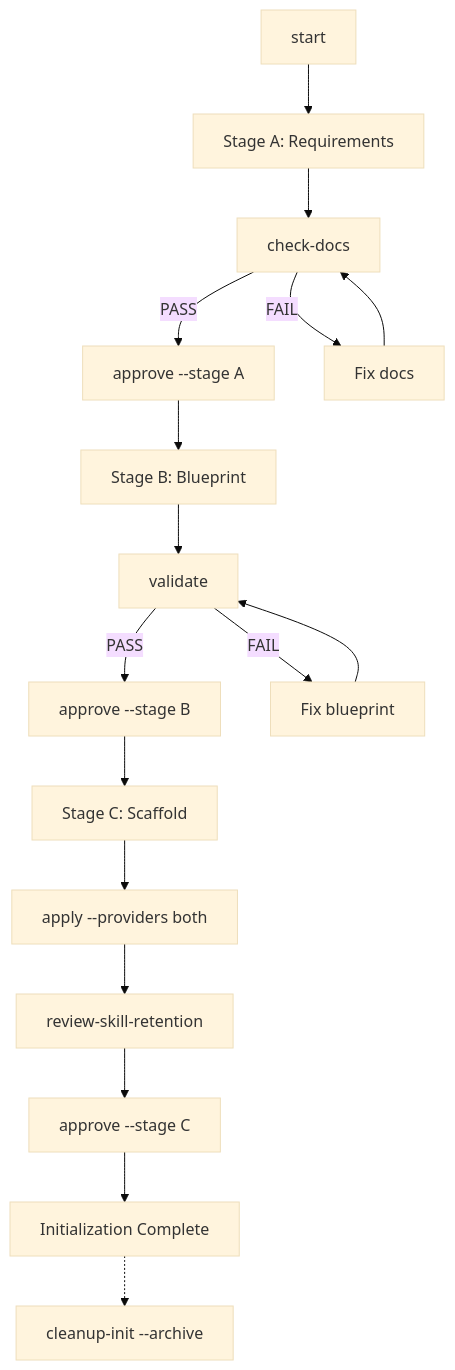
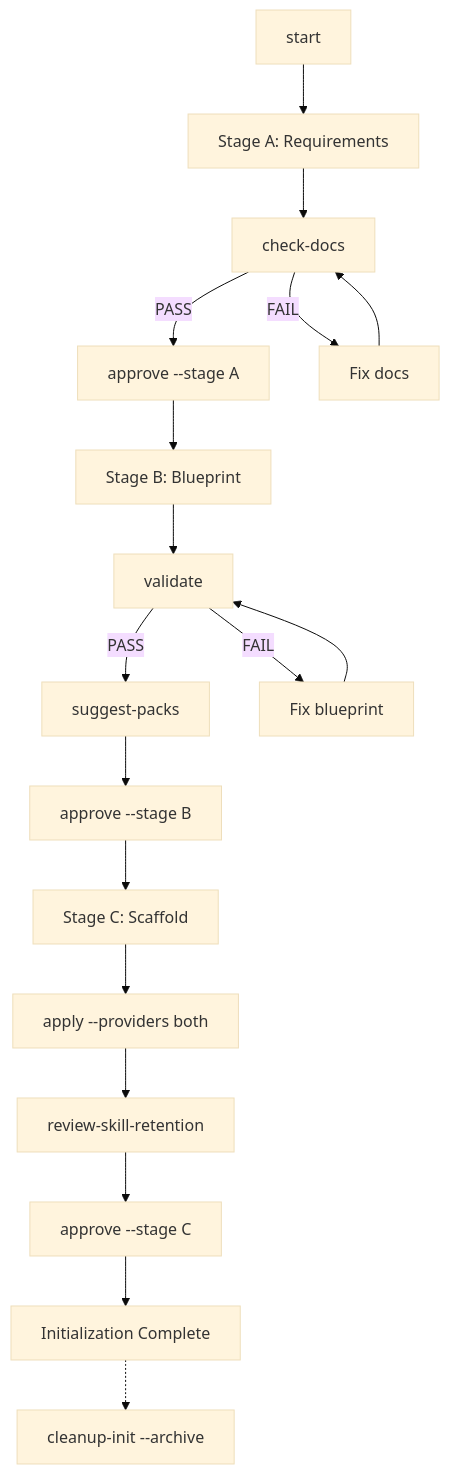
Before and after one commit to willyu1007/Skill_Template: the diagram in init/README.md, drawn with Mermaid (base theme). The commit also changed other lines of this file and 7 other files, not shown here.

````diff
--- a/init/README.md
+++ b/init/README.md
@@ -35,19 +38,20 @@
 ```mermaid
 flowchart TD
     Start["start"] --> StageA["Stage A: Requirements"]
     StageA --> CheckDocs["check-docs"]
     CheckDocs -->|PASS| ApproveA["approve --stage A"]
     CheckDocs -->|FAIL| FixA["Fix docs"]
     FixA --> CheckDocs
     ApproveA --> StageB["Stage B: Blueprint"]
     StageB --> Validate["validate"]
-    Validate -->|PASS| ApproveB["approve --stage B"]
+    Validate -->|PASS| Packs["suggest-packs"]
+    Packs --> ApproveB["approve --stage B"]
     Validate -->|FAIL| FixB["Fix blueprint"]
     FixB --> Validate
     ApproveB --> StageC["Stage C: Scaffold"]
     StageC --> Apply["apply --providers both"]
     Apply --> Review["review-skill-retention"]
     Review --> ApproveC["approve --stage C"]
     ApproveC --> Done["Initialization Complete"]
     Done -.-> Cleanup["cleanup-init --archive"]
 ```
````
